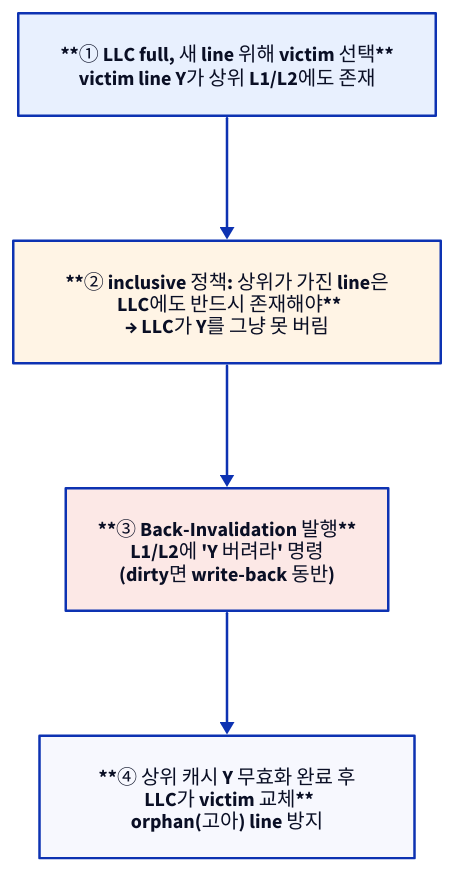
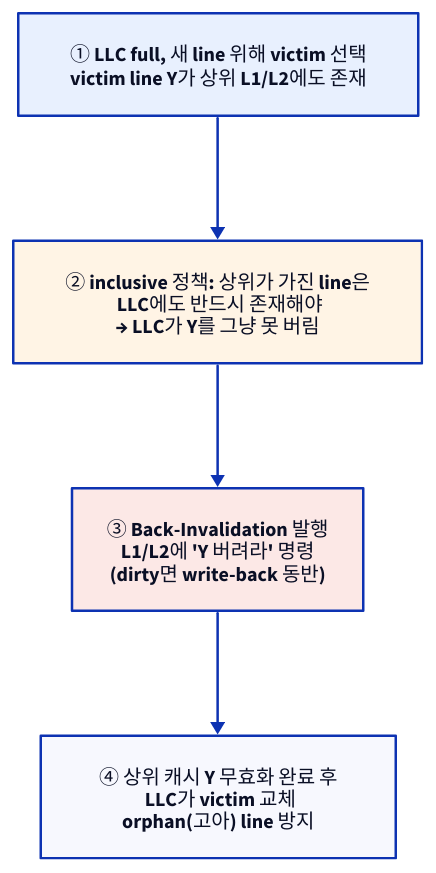
One commit to humbleowl39/DV_SKOOL changed the third of 4 diagrams in starlight_site/src/content/docs/cache_coherence/04_io_coherency_llc.md. Above: the diagram before and after it, drawn with D2. The commit also changed other lines of this file and 714 other files, not shown here.

First line of the commit message:
fix(site): d2 다이어그램 가독성 결함 6종 일괄 수정

````diff
--- a/starlight_site/src/content/docs/cache_coherence/04_io_coherency_llc.md
+++ b/starlight_site/src/content/docs/cache_coherence/04_io_coherency_llc.md
@@ -83,9 +83,9 @@
 ```d2
 direction: down
 
-B1: "**① LLC full, 새 line 위해 victim 선택**\nvictim line Y가 상위 L1/L2에도 존재" { style.fill: "#e8f0fe"; style.font-color: "#0A0F25" }
-B2: "**② inclusive 정책: 상위가 가진 line은\n   LLC에도 반드시 존재해야**\n→ LLC가 Y를 그냥 못 버림" { style.fill: "#fff4e5"; style.font-color: "#0A0F25" }
-B3: "**③ Back-Invalidation 발행**\nL1/L2에 'Y 버려라' 명령\n(dirty면 write-back 동반)" { style.fill: "#fce8e6"; style.font-color: "#0A0F25" }
-B4: "**④ 상위 캐시 Y 무효화 완료 후\n   LLC가 victim 교체**\norphan(고아) line 방지"
+B1: "① LLC full, 새 line 위해 victim 선택\nvictim line Y가 상위 L1/L2에도 존재" { style.fill: "#e8f0fe"; style.font-color: "#0A0F25" }
+B2: "② inclusive 정책: 상위가 가진 line은\n   LLC에도 반드시 존재해야\n→ LLC가 Y를 그냥 못 버림" { style.fill: "#fff4e5"; style.font-color: "#0A0F25" }
+B3: "③ Back-Invalidation 발행\nL1/L2에 'Y 버려라' 명령\n(dirty면 write-back 동반)" { style.fill: "#fce8e6"; style.font-color: "#0A0F25" }
+B4: "④ 상위 캐시 Y 무효화 완료 후\n   LLC가 victim 교체\norphan(고아) line 방지"
 B1 -> B2 -> B3 -> B4
 ```
````
